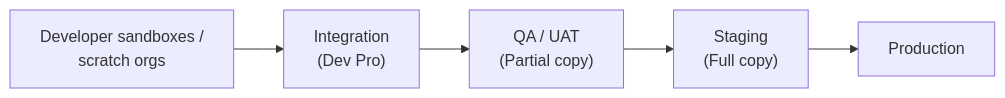
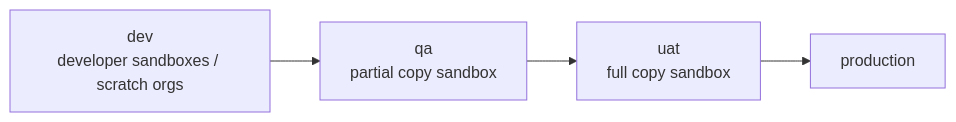
One commit to nagarroARBsf/Sf-skills-agents changed the fourth of 4 diagrams in .claude/skills/sdlc-solution-architecture-generate/references/hld-template.md. Above: the diagram before and after it, drawn with Mermaid. The commit also changed other lines of this file and 5983 other files, not shown here.

````diff
--- a/.claude/skills/sdlc-solution-architecture-generate/references/hld-template.md
+++ b/.claude/skills/sdlc-solution-architecture-generate/references/hld-template.md
@@ -141,7 +204,6 @@
 ```mermaid
 flowchart LR
-    DEV["Developer sandboxes /<br/>scratch orgs"] --> INT["Integration<br/>(Dev Pro)"]
-    INT --> QA["QA / UAT<br/>(Partial copy)"]
-    QA --> STG["Staging<br/>(Full copy)"]
-    STG --> PROD["Production"]
+    DEV["dev<br/>developer sandboxes / scratch orgs"] --> QA["qa<br/>partial copy sandbox"]
+    QA --> UAT["uat<br/>full copy sandbox"]
+    UAT --> PROD["production"]
 ```
````
